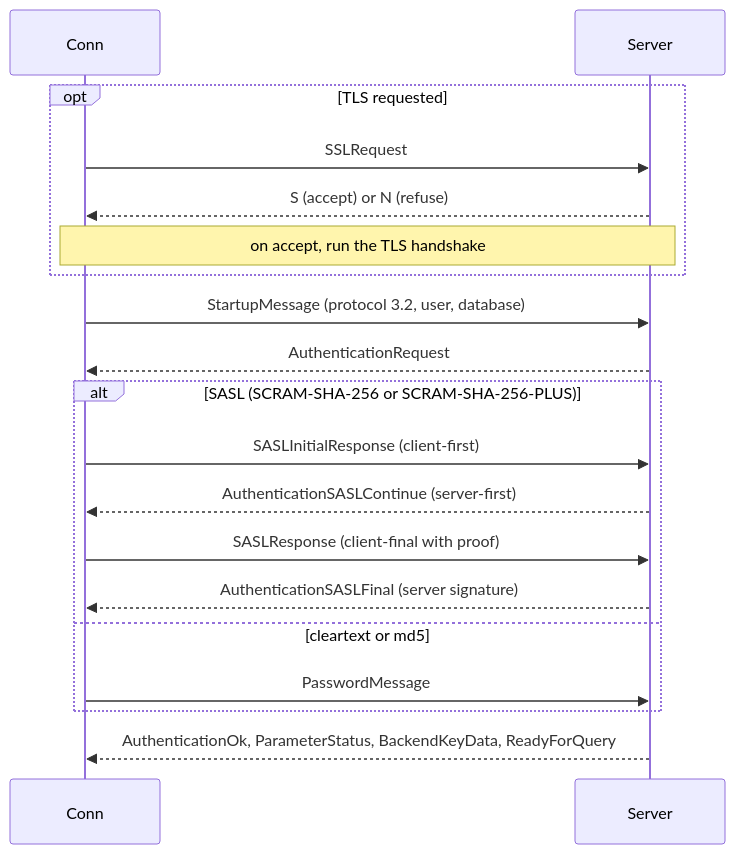
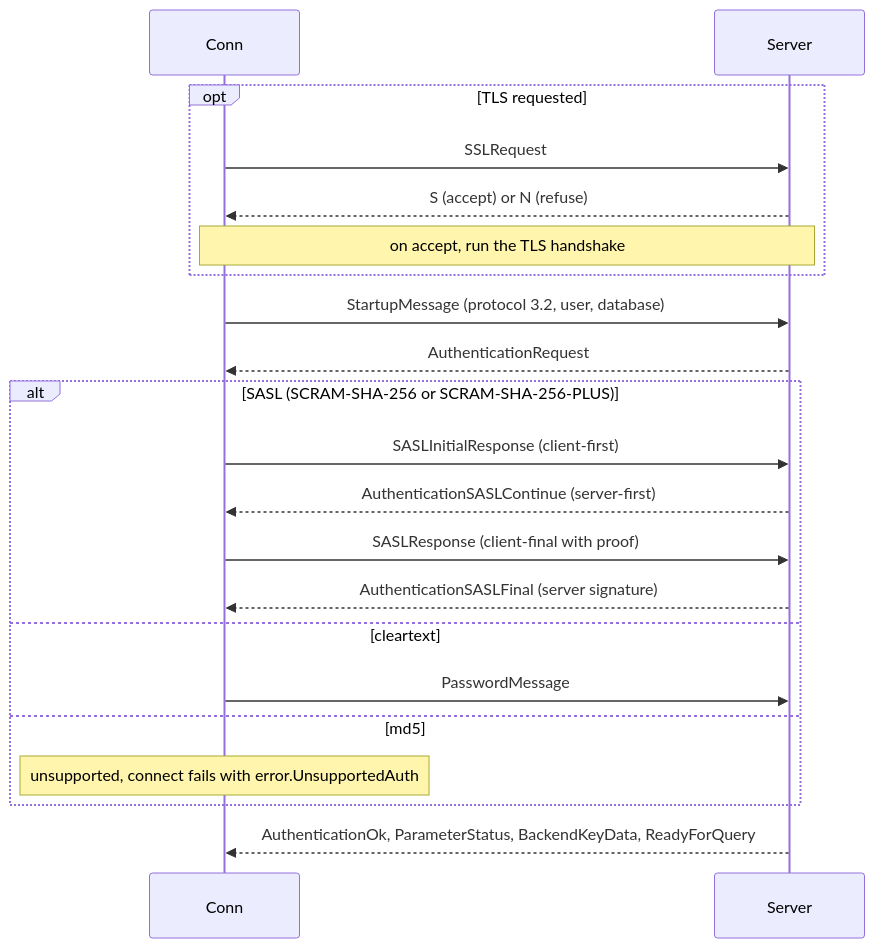
The first of 5 diagrams in docs/driver/postgrez/lld-en.md (prothegee/zix), drawn with Mermaid before and after one commit. The commit also changed 1 other file, not shown here.

Commit message:
fix postgrez lld MD5 auth sequence diagram

````diff
--- a/docs/driver/postgrez/lld-en.md
+++ b/docs/driver/postgrez/lld-en.md
@@ -11,21 +11,23 @@
 ```mermaid
 sequenceDiagram
     participant C as Conn
     participant S as Server
     opt TLS requested
         C->>S: SSLRequest
         S-->>C: S (accept) or N (refuse)
         Note over C,S: on accept, run the TLS handshake
     end
     C->>S: StartupMessage (protocol 3.2, user, database)
     S-->>C: AuthenticationRequest
     alt SASL (SCRAM-SHA-256 or SCRAM-SHA-256-PLUS)
         C->>S: SASLInitialResponse (client-first)
         S-->>C: AuthenticationSASLContinue (server-first)
         C->>S: SASLResponse (client-final with proof)
         S-->>C: AuthenticationSASLFinal (server signature)
-    else cleartext or md5
+    else cleartext
         C->>S: PasswordMessage
+    else md5
+        Note over C: unsupported, connect fails with error.UnsupportedAuth
     end
     S-->>C: AuthenticationOk, ParameterStatus, BackendKeyData, ReadyForQuery
 ```
````
